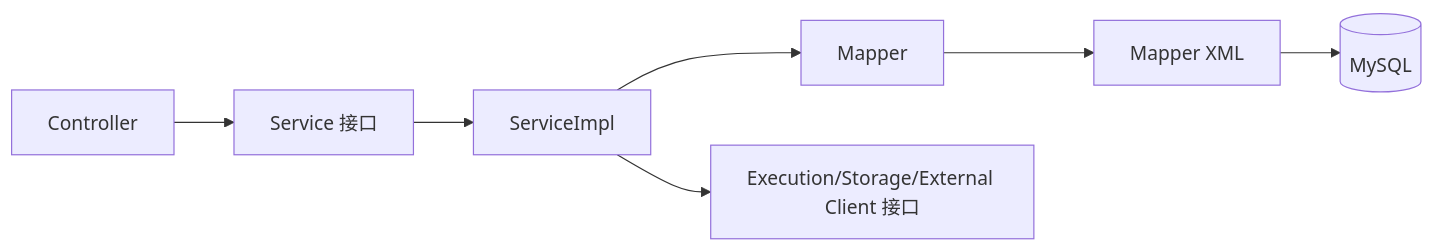
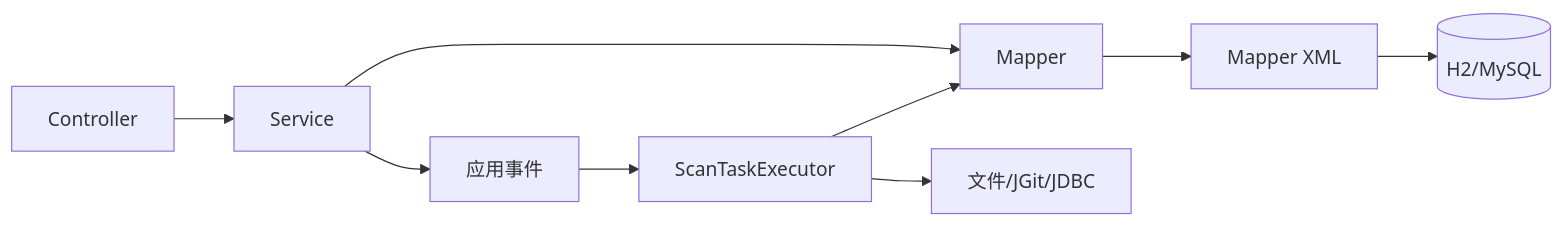
The second of 5 diagrams in ai-agent/spec/扫描中心-代码架构.md (tjqing/scanning-center), drawn with Mermaid before and after one commit. The commit also changed other lines of this file and 1 other file, not shown here.

````diff
--- a/ai-agent/spec/扫描中心-代码架构.md
+++ b/ai-agent/spec/扫描中心-代码架构.md
@@ -234,9 +119,11 @@
 ```mermaid
 flowchart LR
-    C["Controller"] --> S["Service 接口"]
-    S --> SI["ServiceImpl"]
-    SI --> M["Mapper"]
+    C["Controller"] --> S["Service"]
+    S --> M["Mapper"]
     M --> X["Mapper XML"]
-    X --> D[("MySQL")]
-    SI --> E["Execution/Storage/External Client 接口"]
+    X --> D[("H2/MySQL")]
+    S --> E["应用事件"]
+    E --> W["ScanTaskExecutor"]
+    W --> M
+    W --> F["文件/JGit/JDBC"]
 ```
````
